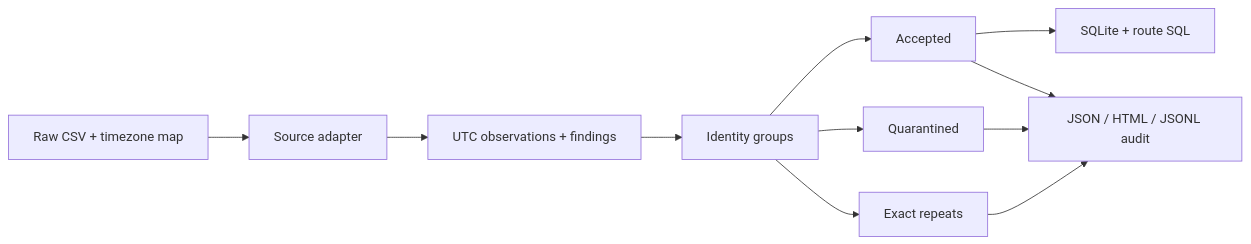
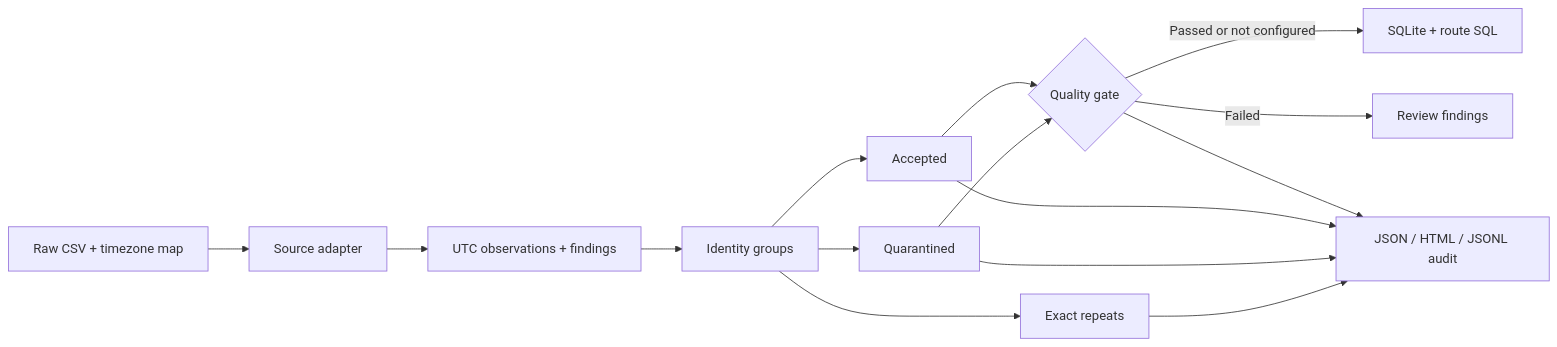
Before and after one commit to ubeydgencer/flightops-quality: the diagram in README.md, drawn with Mermaid. The commit also changed other lines of this file and 21 other files, not shown here.

````diff
--- a/README.md
+++ b/README.md
@@ -127,13 +173,17 @@
 ```mermaid
 flowchart LR
     A[Raw CSV + timezone map] --> B[Source adapter]
     B --> C[UTC observations + findings]
     C --> D[Identity groups]
     D --> E[Accepted]
     D --> F[Quarantined]
     D --> G[Exact repeats]
-    E --> H[SQLite + route SQL]
+    E --> J{Quality gate}
+    F --> J
+    J -->|Passed or not configured| H[SQLite + route SQL]
+    J -->|Failed| K[Review findings]
+    J --> I
     E --> I[JSON / HTML / JSONL audit]
     F --> I
     G --> I
 ```
````
